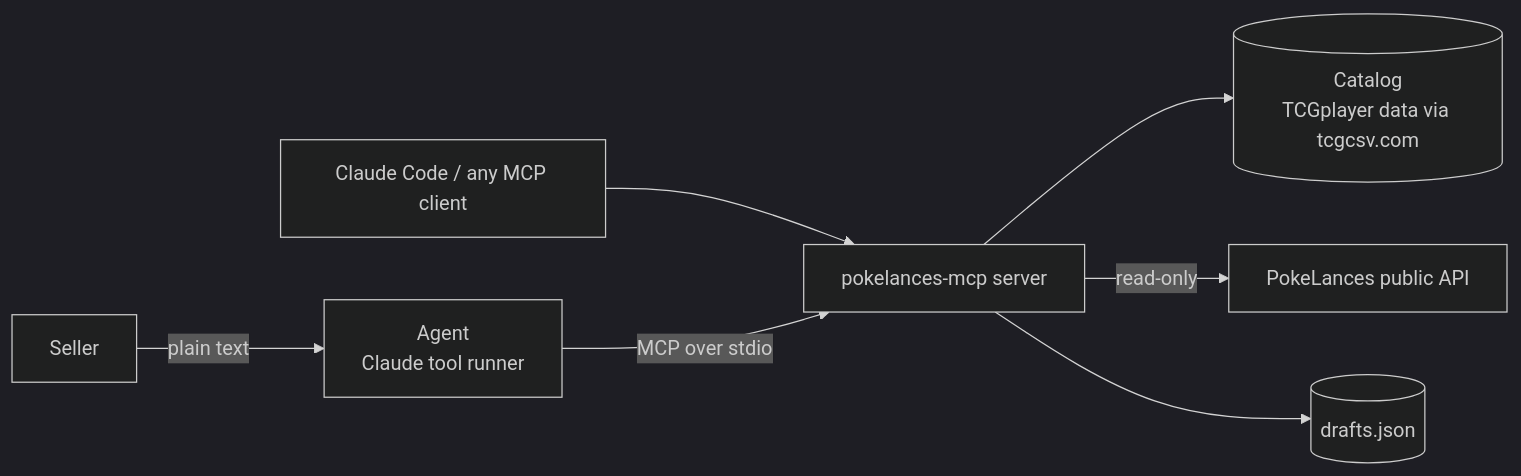
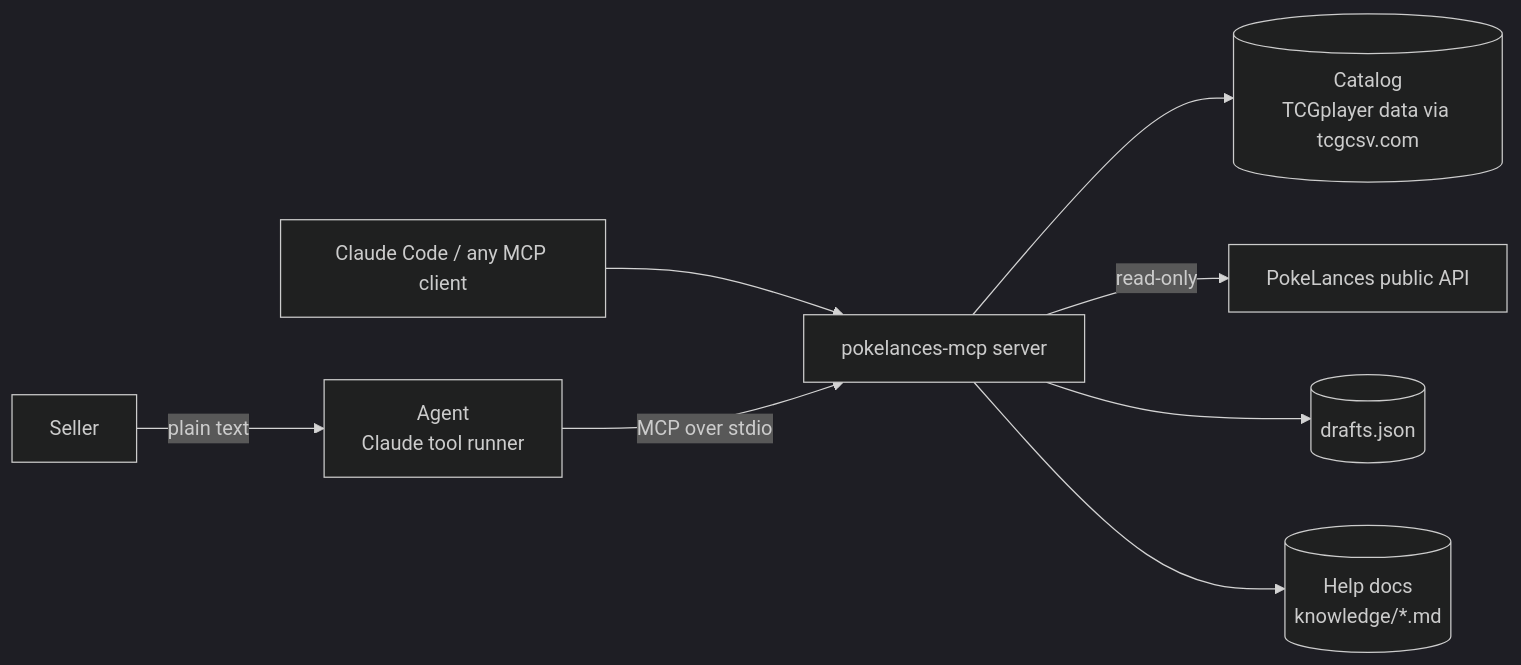
One commit to Jackss0/pokelances-mcp changed the diagram in README.md. Above: the diagram before and after it, drawn with Mermaid (dark theme). The commit also changed other lines of this file and 17 other files, not shown here.

````diff
--- a/README.md
+++ b/README.md
@@ -16,9 +16,10 @@
 ```mermaid
 flowchart LR
     U[Seller] -->|plain text| A[Agent<br/>Claude tool runner]
     C[Claude Code / any MCP client] --> S
     A -->|MCP over stdio| S[pokelances-mcp server]
     S --> CAT[(Catalog<br/>TCGplayer data via tcgcsv.com)]
     S -->|read-only| API[PokeLances public API]
     S --> D[(drafts.json)]
+    S --> K[(Help docs<br/>knowledge/*.md)]
 ```
````
